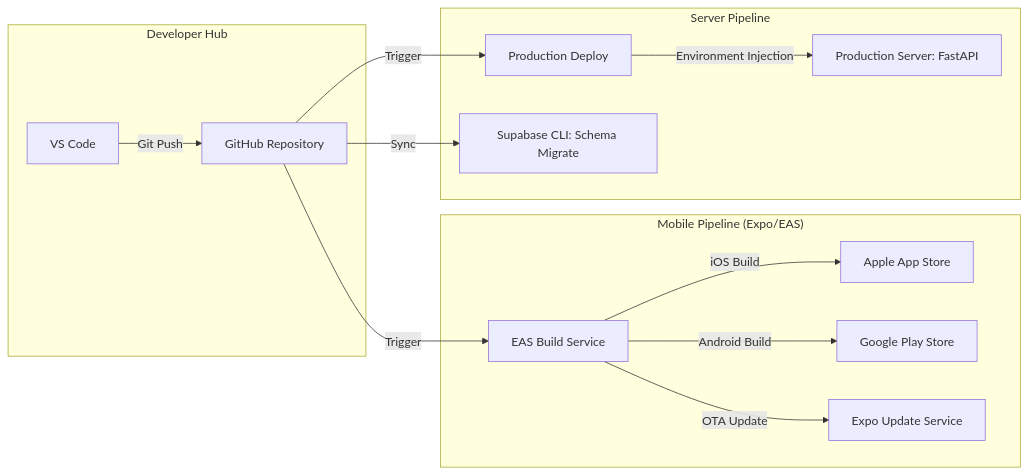
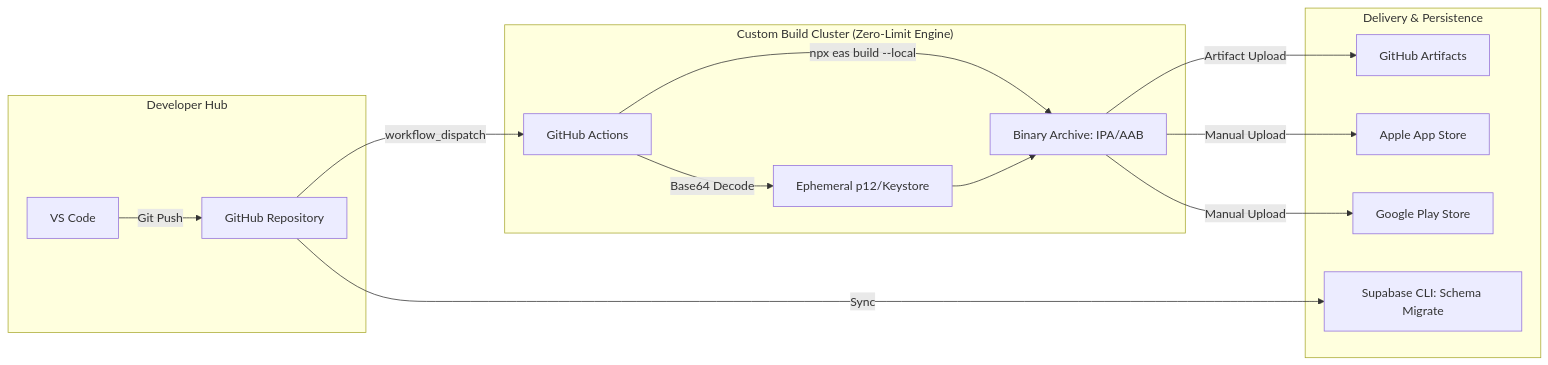
The second of 2 diagrams in SYSTEM_ARCHITECTURE.md (joshuatochinwachi/HollowScan-Mobile-App), drawn with Mermaid before and after one commit. The commit also changed other lines of this file and 3 other files, not shown here.

````diff
--- a/SYSTEM_ARCHITECTURE.md
+++ b/SYSTEM_ARCHITECTURE.md
@@ -79,22 +97,23 @@
 ```mermaid
 graph LR
     %% DEVELOPER WORKFLOW
     subgraph "Developer Hub"
         DEV[VS Code] -->|Git Push| GH[GitHub Repository]
     end
 
-    %% MOBILE DEPLOYMENT
-    subgraph "Mobile Pipeline (Expo/EAS)"
-        GH -->|Trigger| EAS[EAS Build Service]
-        EAS -->|iOS Build| AS[Apple App Store]
-        EAS -->|Android Build| GP[Google Play Store]
-        EAS -->|OTA Update| EX[Expo Update Service]
+    %% MOBILE CI/CD PIPELINE (GitHub Actions)
+    subgraph "Custom Build Cluster (Zero-Limit Engine)"
+        GH -->|workflow_dispatch| GHA[GitHub Actions]
+        GHA -->|Base64 Decode| SEC[Ephemeral p12/Keystore]
+        GHA -->|npx eas build --local| BIN[Binary Archive: IPA/AAB]
+        SEC --> BIN
     end
 
-    %% SERVER DEPLOYMENT
-    subgraph "Server Pipeline"
-        GH -->|Trigger| CD[Production Deploy]
-        CD -->|Environment Injection| PRD[Production Server: FastAPI]
+    %% DISTRIBUTION
+    subgraph "Delivery & Persistence"
+        BIN -->|Artifact Upload| GH_ASSETS[GitHub Artifacts]
+        BIN -->|Manual Upload| AS[Apple App Store]
+        BIN -->|Manual Upload| GP[Google Play Store]
         GH -->|Sync| SPB[Supabase CLI: Schema Migrate]
     end
 ```
````
